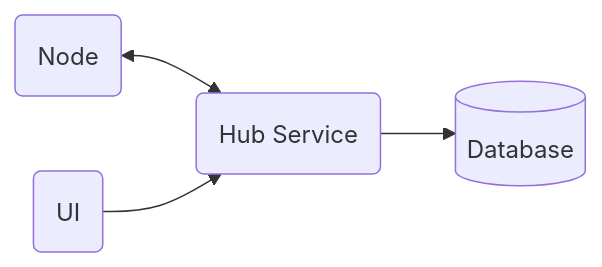
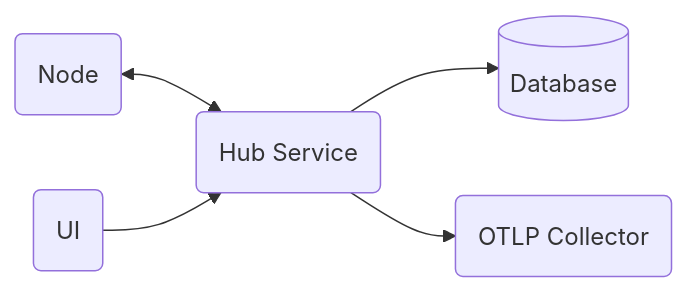
The diagram in README.md (jrcampbell2/home-automation), drawn with Mermaid before and after one commit. The commit also changed other lines of this file, not shown here.

Commit message:
added otlp collector

````diff
--- a/README.md
+++ b/README.md
@@ -6,11 +6,13 @@
 ```mermaid
 graph LR;
     db[(Database)];
     ui(UI);
     hub(Hub Service)
     node(Node)
+    otlp(OTLP Collector)
 
     hub --> db
     node <--> hub
     ui --> hub
+    hub --> otlp
 ```
````
